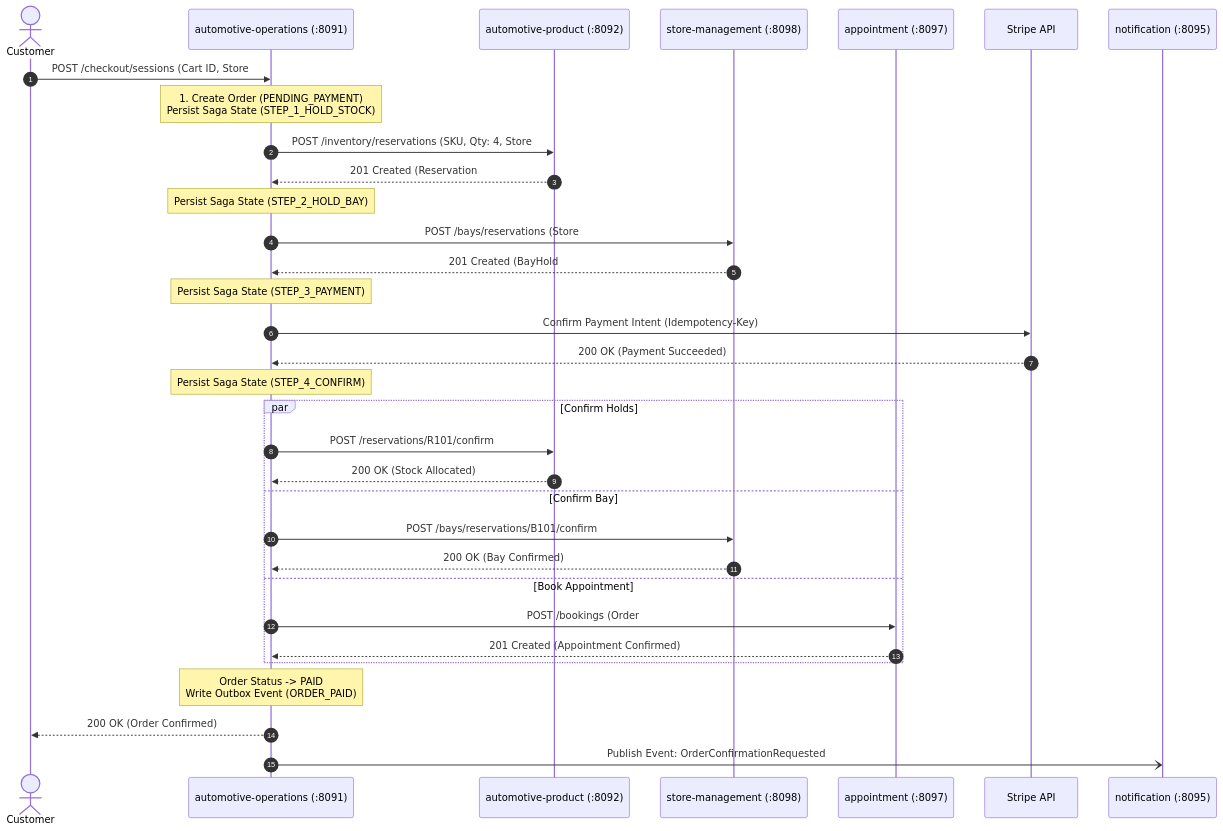
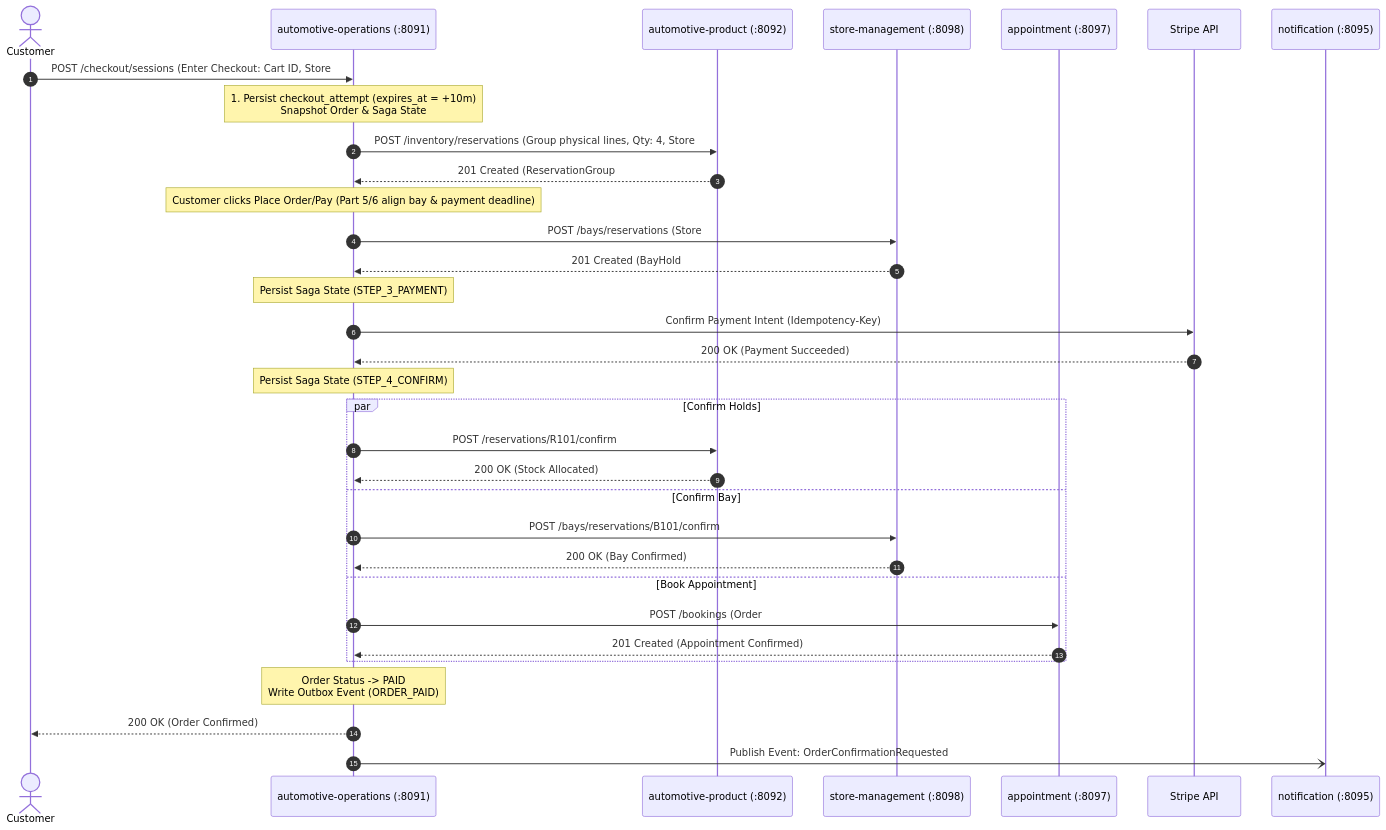
The diagram in docs/architecture/service-blueprints/cross-service-workflows.md (basic-app-dev/tire-store-app), drawn with Mermaid before and after one commit. The commit also changed other lines of this file and 12 other files, not shown here.

Commit message:
Documents for phsyical inventory guardrails and atomic group reservation

````diff
--- a/docs/architecture/service-blueprints/cross-service-workflows.md
+++ b/docs/architecture/service-blueprints/cross-service-workflows.md
@@ -75,36 +75,36 @@
 ```mermaid
 sequenceDiagram
     autonumber
     actor Customer
     participant Ops as automotive-operations (:8091)
     participant Prod as automotive-product (:8092)
     participant Store as store-management (:8098)
     participant Appt as appointment (:8097)
     participant Stripe as Stripe API
     participant Notif as notification (:8095)
 
-    Customer->>Ops: POST /checkout/sessions (Cart ID, Store #101, Bay Slot)
-    Note over Ops: 1. Create Order (PENDING_PAYMENT)<br/>Persist Saga State (STEP_1_HOLD_STOCK)
-    Ops->>Prod: POST /inventory/reservations (SKU, Qty: 4, Store #101)
-    Prod-->>Ops: 201 Created (Reservation #R101, TTL: 15m)
-    Note over Ops: Persist Saga State (STEP_2_HOLD_BAY)
+    Customer->>Ops: POST /checkout/sessions (Enter Checkout: Cart ID, Store #101)
+    Note over Ops: 1. Persist checkout_attempt (expires_at = +10m)<br/>Snapshot Order & Saga State
+    Ops->>Prod: POST /inventory/reservations (Group physical lines, Qty: 4, Store #101)
+    Prod-->>Ops: 201 Created (ReservationGroup #G101, TTL: 10m)
+    Note over Ops: Customer clicks Place Order/Pay (Part 5/6 align bay & payment deadline)
     Ops->>Store: POST /bays/reservations (Store #101, Bay #2, Slot)
-    Store-->>Ops: 201 Created (BayHold #B101, TTL: 15m)
+    Store-->>Ops: 201 Created (BayHold #B101, aligned deadline pending Part 5/6)
     Note over Ops: Persist Saga State (STEP_3_PAYMENT)
     Ops->>Stripe: Confirm Payment Intent (Idempotency-Key)
     Stripe-->>Ops: 200 OK (Payment Succeeded)
     Note over Ops: Persist Saga State (STEP_4_CONFIRM)
     par Confirm Holds
         Ops->>Prod: POST /reservations/R101/confirm
         Prod-->>Ops: 200 OK (Stock Allocated)
     and Confirm Bay
         Ops->>Store: POST /bays/reservations/B101/confirm
         Store-->>Ops: 200 OK (Bay Confirmed)
     and Book Appointment
         Ops->>Appt: POST /bookings (Order #, Customer, Slot)
         Appt-->>Ops: 201 Created (Appointment Confirmed)
     end
     Note over Ops: Order Status -> PAID<br/>Write Outbox Event (ORDER_PAID)
     Ops-->>Customer: 200 OK (Order Confirmed)
     Ops-)Notif: Publish Event: OrderConfirmationRequested
 ```
````
